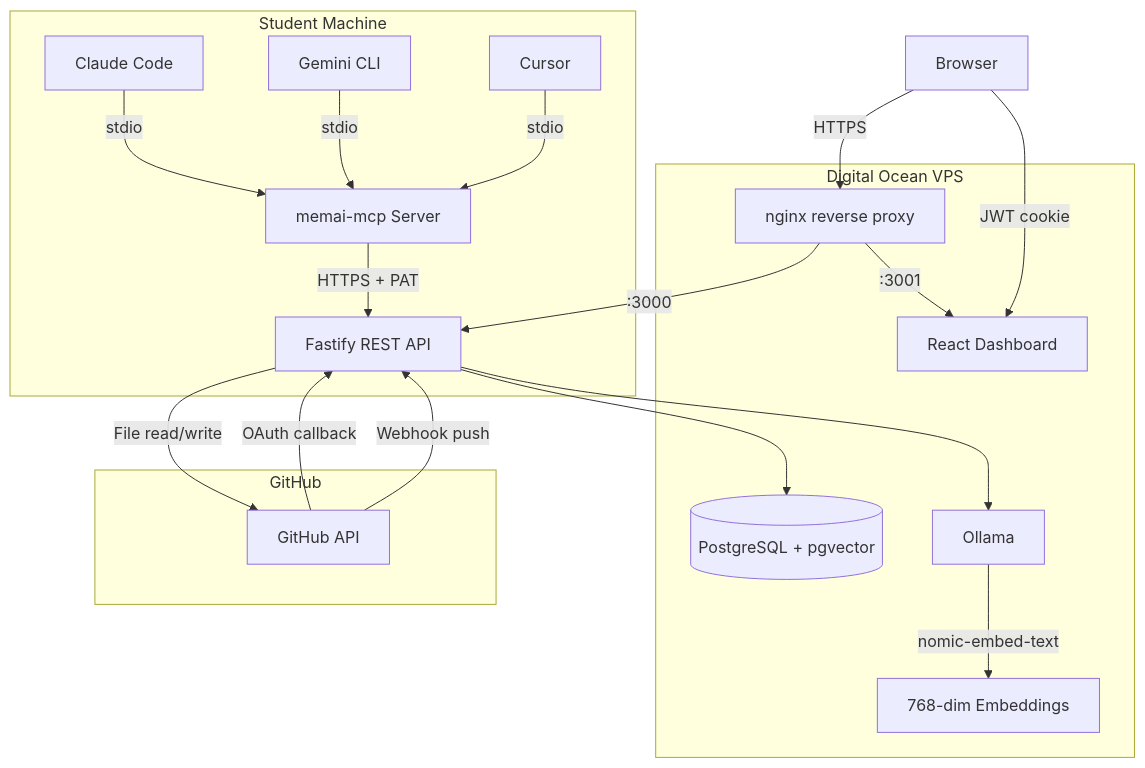
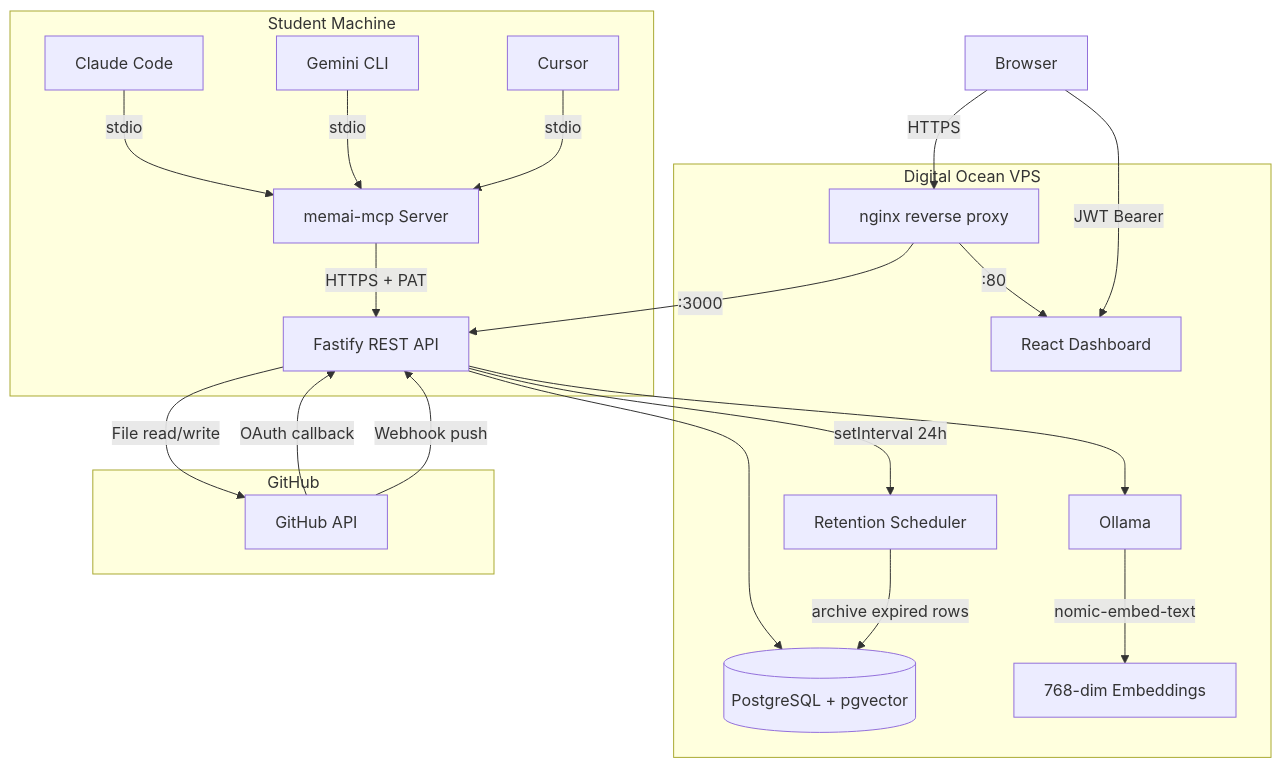
One commit to chuongdlb/mem-ai changed the first of 2 diagrams in docs/ai/design/README.md. Above: the diagram before and after it, drawn with Mermaid. The commit also changed other lines of this file and 34 other files, not shown here.

````diff
--- a/docs/ai/design/README.md
+++ b/docs/ai/design/README.md
@@ -13,26 +13,28 @@
 ```mermaid
 graph TD
     subgraph Student Machine
         CC[Claude Code] -->|stdio| MCP[memai-mcp Server]
         GC[Gemini CLI] -->|stdio| MCP
         CU[Cursor] -->|stdio| MCP
         MCP -->|HTTPS + PAT| API
     end
 
     subgraph Digital Ocean VPS
         NG[nginx reverse proxy] -->|:3000| API[Fastify REST API]
-        NG -->|:3001| DASH[React Dashboard]
+        NG -->|:80| DASH[React Dashboard]
         API --> PG[(PostgreSQL + pgvector)]
         API --> OL[Ollama]
         OL -->|nomic-embed-text| EMB[768-dim Embeddings]
+        API -->|setInterval 24h| SCHED[Retention Scheduler]
+        SCHED -->|archive expired rows| PG
     end
 
     subgraph GitHub
         GH[GitHub API] -->|OAuth callback| API
         GH -->|Webhook push| API
         API -->|File read/write| GH
     end
 
     BROWSER[Browser] -->|HTTPS| NG
-    BROWSER -->|JWT cookie| DASH
+    BROWSER -->|JWT Bearer| DASH
 ```
````
